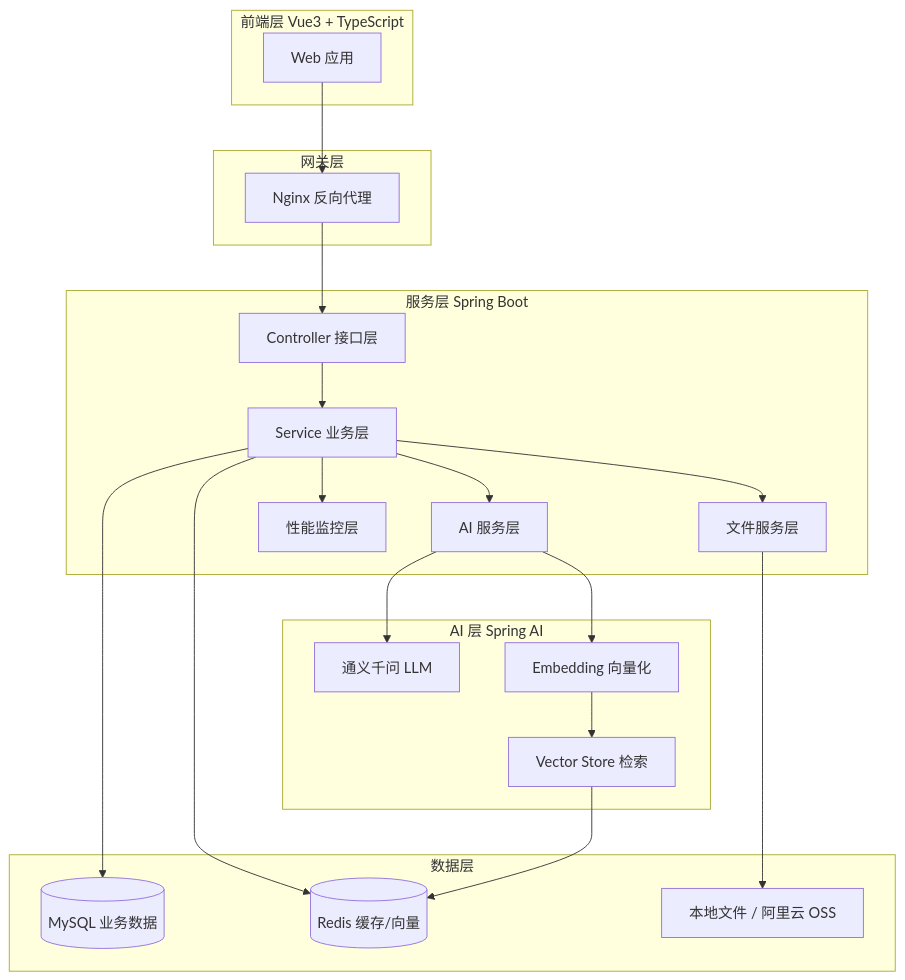
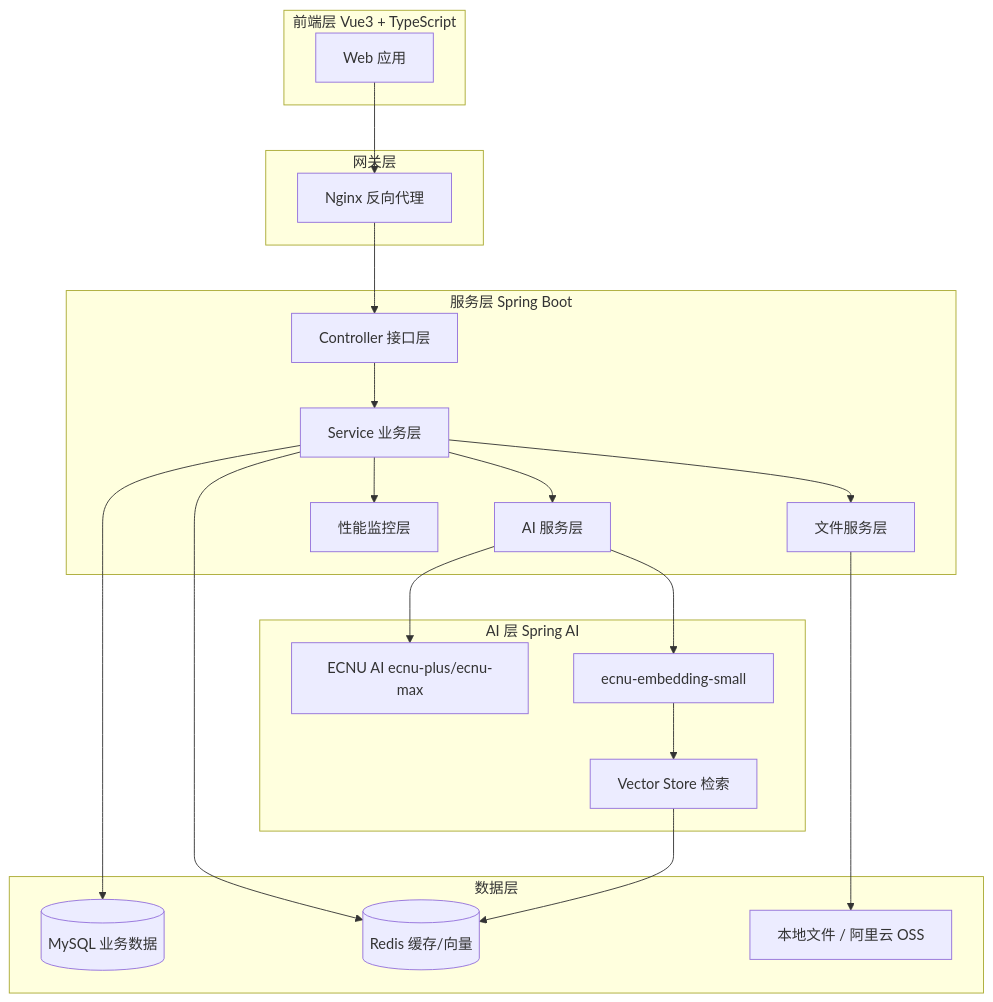
The first of 2 diagrams in README.md (Redmoon-2333/HumanResourceOfficial), drawn with Mermaid before and after one commit. The commit also changed other lines of this file and 19 other files, not shown here.

````diff
--- a/README.md
+++ b/README.md
@@ -71,44 +75,44 @@
 ```mermaid
 graph TB
     subgraph 前端层["前端层 Vue3 + TypeScript"]
         A[Web 应用]
     end
 
     subgraph 网关层["网关层"]
         B[Nginx 反向代理]
     end
 
     subgraph 服务层["服务层 Spring Boot"]
         C[Controller 接口层]
         D[Service 业务层]
         E[AI 服务层]
         F[文件服务层]
         G[性能监控层]
     end
 
     subgraph 数据层["数据层"]
         H[(MySQL 业务数据)]
         I[(Redis 缓存/向量)]
         J[本地文件 / 阿里云 OSS]
     end
 
     subgraph AI 层["AI 层 Spring AI"]
-        K[通义千问 LLM]
-        L[Embedding 向量化]
+        K[ECNU AI ecnu-plus/ecnu-max]
+        L[ecnu-embedding-small]
         M[Vector Store 检索]
     end
 
     A --> B
     B --> C
     C --> D
     D --> E
     D --> F
     D --> G
     D --> H
     D --> I
     F --> J
     E --> K
     E --> L
     L --> M
     M --> I
 ```
````
